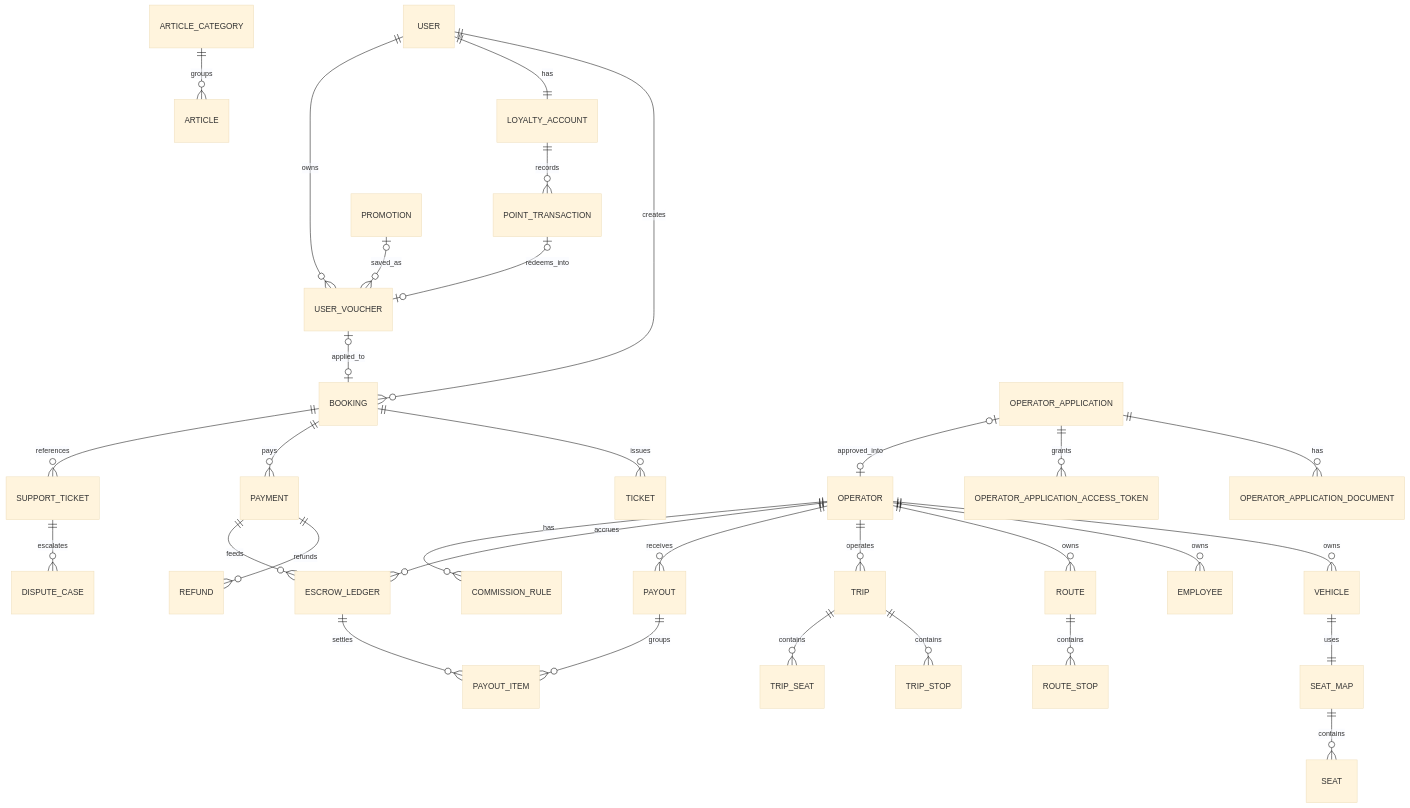
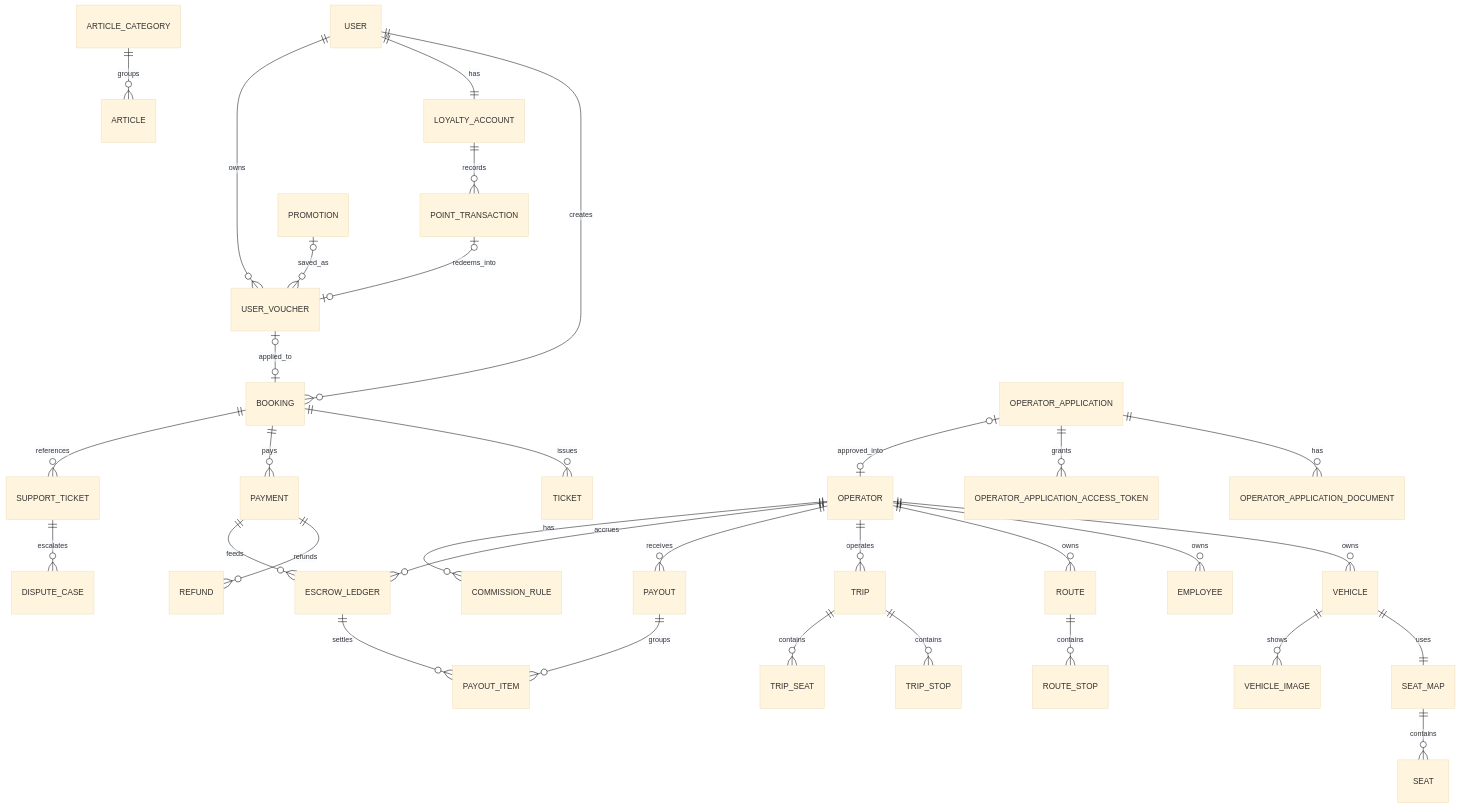
Before and after one commit to nhkyn0410/Marketplace-Ve-Xe-Nhanh: the diagram in doc/SDLC/04-database-design.md, drawn with Mermaid (base theme). The commit also changed other lines of this file and 12 other files, not shown here.

First line of the commit message:
Update test plan and project task breakdown to include vehicle image management features

````diff
--- a/doc/SDLC/04-database-design.md
+++ b/doc/SDLC/04-database-design.md
@@ -136,34 +137,35 @@
 ```mermaid
 erDiagram
     OPERATOR ||--o{ VEHICLE : owns
     OPERATOR ||--o{ EMPLOYEE : owns
     OPERATOR ||--o{ ROUTE : owns
     OPERATOR ||--o{ TRIP : operates
     OPERATOR ||--o{ PAYOUT : receives
     OPERATOR ||--o{ ESCROW_LEDGER : accrues
     OPERATOR ||--o{ COMMISSION_RULE : has
     VEHICLE ||--|| SEAT_MAP : uses
+    VEHICLE ||--o{ VEHICLE_IMAGE : shows
     SEAT_MAP ||--o{ SEAT : contains
     ROUTE ||--o{ ROUTE_STOP : contains
     TRIP ||--o{ TRIP_STOP : contains
     TRIP ||--o{ TRIP_SEAT : contains
     USER ||--o{ BOOKING : creates
     BOOKING ||--o{ TICKET : issues
     BOOKING ||--o{ PAYMENT : pays
     PAYMENT ||--o{ REFUND : refunds
     PAYMENT ||--o{ ESCROW_LEDGER : feeds
     PAYOUT ||--o{ PAYOUT_ITEM : groups
     ESCROW_LEDGER ||--o{ PAYOUT_ITEM : settles
     BOOKING ||--o{ SUPPORT_TICKET : references
     SUPPORT_TICKET ||--o{ DISPUTE_CASE : escalates
     USER ||--|| LOYALTY_ACCOUNT : has
     LOYALTY_ACCOUNT ||--o{ POINT_TRANSACTION : records
     USER ||--o{ USER_VOUCHER : owns
     POINT_TRANSACTION |o--o| USER_VOUCHER : redeems_into
     PROMOTION |o--o{ USER_VOUCHER : saved_as
     USER_VOUCHER |o--o| BOOKING : applied_to
     ARTICLE_CATEGORY ||--o{ ARTICLE : groups
     OPERATOR_APPLICATION ||--o{ OPERATOR_APPLICATION_DOCUMENT : has
     OPERATOR_APPLICATION ||--o{ OPERATOR_APPLICATION_ACCESS_TOKEN : grants
     OPERATOR_APPLICATION |o--o| OPERATOR : approved_into
 ```
````
